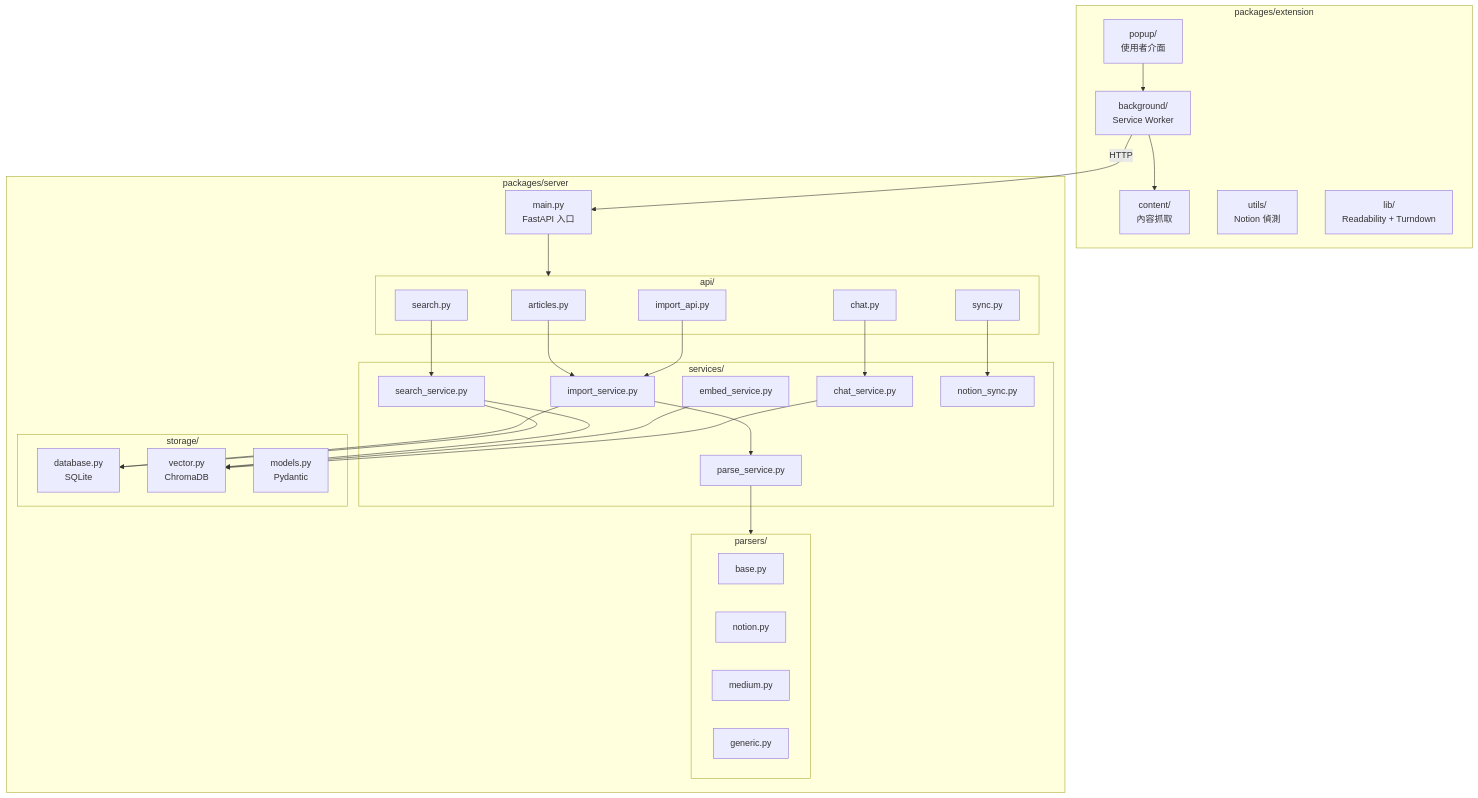
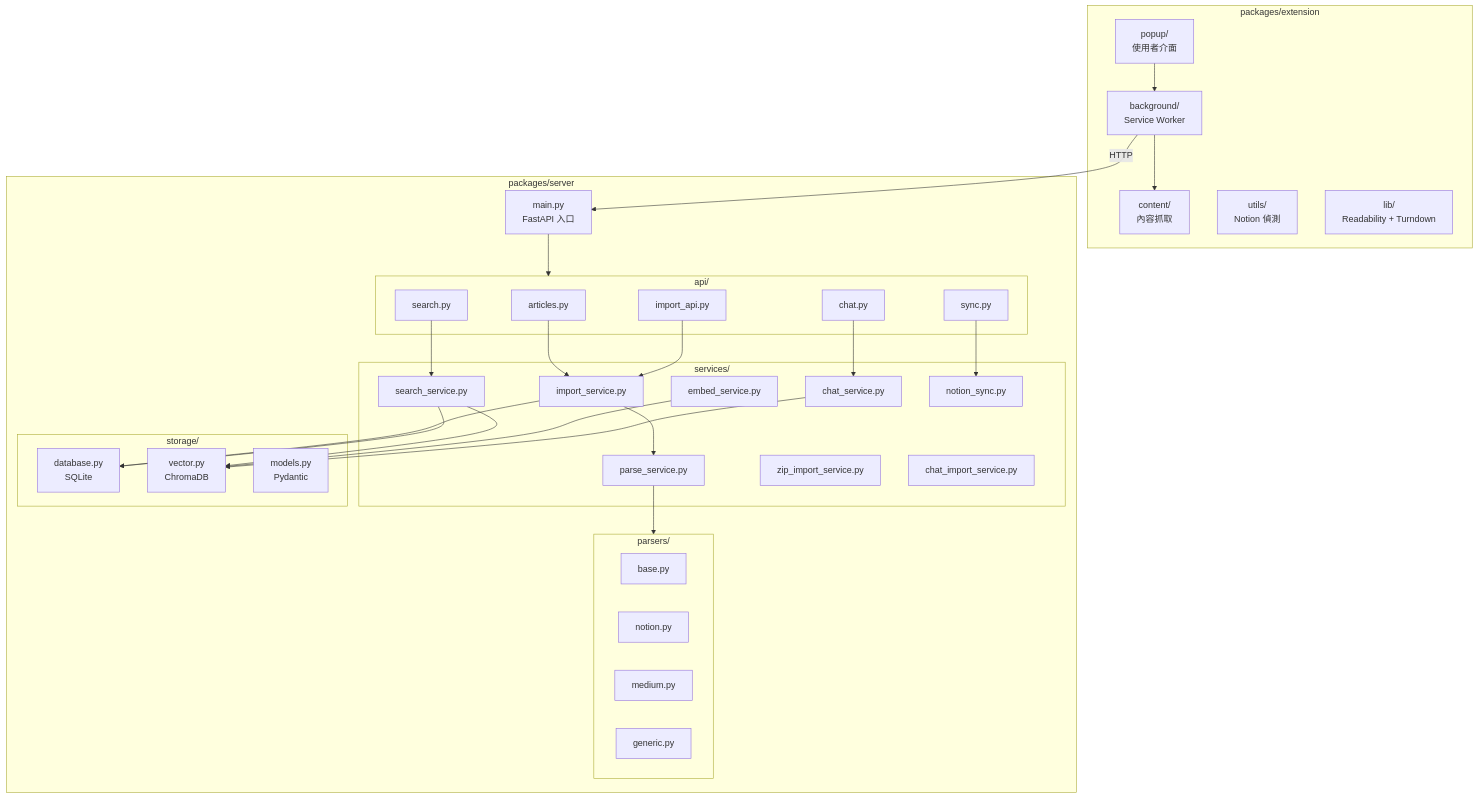
The fifth of 7 diagrams in docs/ARCHITECTURE.md (aliencat0528/knowledge-platform), drawn with Mermaid before and after one commit. The commit also changed other lines of this file and 3 other files, not shown here.

First line of the commit message:
docs: update specs for Phase 2 AI chat import feature

````diff
--- a/docs/ARCHITECTURE.md
+++ b/docs/ARCHITECTURE.md
@@ -154,68 +155,70 @@
 ```mermaid
 graph TB
     subgraph Extension["packages/extension"]
         popup["popup/<br/>使用者介面"]
         content["content/<br/>內容抓取"]
         bg["background/<br/>Service Worker"]
         utils["utils/<br/>Notion 偵測"]
         lib["lib/<br/>Readability + Turndown"]
     end
 
     subgraph Server["packages/server"]
         main["main.py<br/>FastAPI 入口"]
 
         subgraph API["api/"]
             articles["articles.py"]
             search["search.py"]
             chat["chat.py"]
             import_api["import_api.py"]
             sync["sync.py"]
         end
 
         subgraph Services["services/"]
             parse_svc["parse_service.py"]
             import_svc["import_service.py"]
+            zip_import_svc["zip_import_service.py"]
+            chat_import_svc["chat_import_service.py"]
             search_svc["search_service.py"]
             embed_svc["embed_service.py"]
             chat_svc["chat_service.py"]
             notion_svc["notion_sync.py"]
         end
 
         subgraph Parsers["parsers/"]
             base_parser["base.py"]
             notion_parser["notion.py"]
             medium_parser["medium.py"]
             generic_parser["generic.py"]
         end
 
         subgraph Storage["storage/"]
             database["database.py<br/>SQLite"]
             vector["vector.py<br/>ChromaDB"]
             models["models.py<br/>Pydantic"]
         end
     end
 
     %% Extension connections
     popup --> bg
     bg --> content
     bg -->|HTTP| main
 
     %% API to Services
     main --> API
     articles --> import_svc
     search --> search_svc
     chat --> chat_svc
     import_api --> import_svc
     sync --> notion_svc
 
     %% Services to Parsers
     parse_svc --> Parsers
     import_svc --> parse_svc
 
     %% Services to Storage
     import_svc --> database
     search_svc --> database
     search_svc --> vector
     embed_svc --> vector
     chat_svc --> vector
 ```
````
